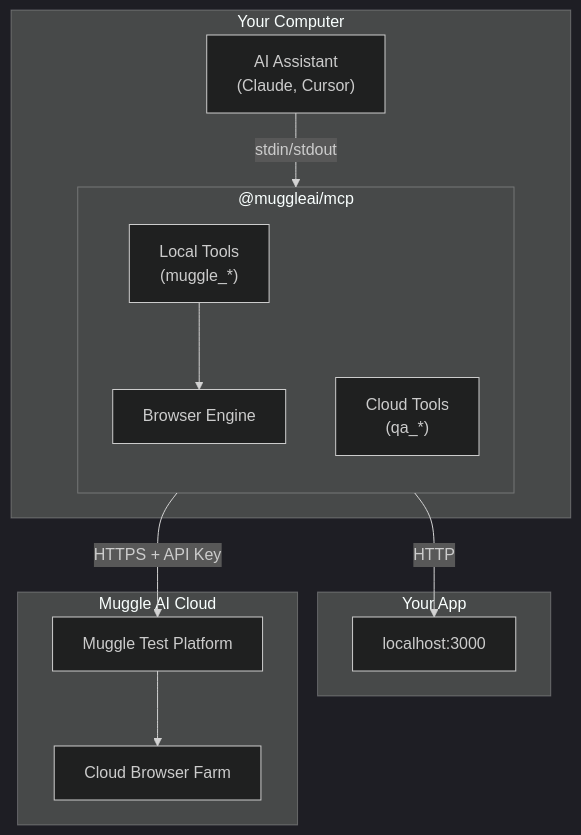
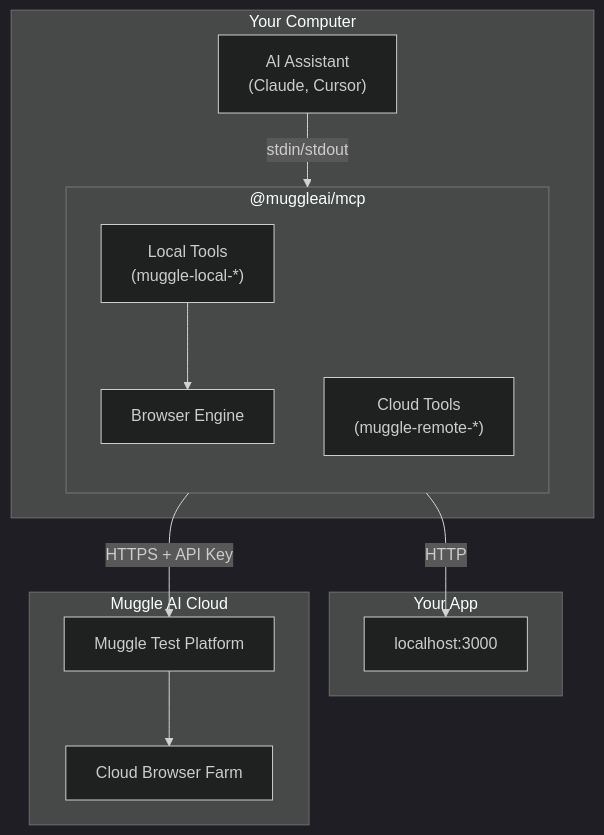
The first of 7 diagrams in mcp/mcp-concepts.md (multiplex-ai/muggle-ai-docs), drawn with Mermaid (dark theme) before and after one commit. The commit also changed other lines of this file and 8 other files, not shown here.

First line of the commit message:
docs: update local and cloud testing documentation to reflect new tool prefixes

````diff
--- a/mcp/mcp-concepts.md
+++ b/mcp/mcp-concepts.md
@@ -11,27 +11,27 @@
 ```mermaid
 flowchart TB
     subgraph env["Your Computer"]
         client["AI Assistant<br/>(Claude, Cursor)"]
         subgraph mcp["@muggleai/mcp"]
             direction TB
-            local["Local Tools<br/>(muggle_*)"]
-            cloud["Cloud Tools<br/>(qa_*)"]
+            local["Local Tools<br/>(muggle-local-*)"]
+            cloud["Cloud Tools<br/>(muggle-remote-*)"]
             browser["Browser Engine"]
         end
         client -->|"stdin/stdout"| mcp
         local --> browser
     end
 
     subgraph app["Your App"]
         localhost["localhost:3000"]
     end
 
     subgraph cloudEnv["Muggle AI Cloud"]
         platform["Muggle Test Platform"]
         cloudBrowser["Cloud Browser Farm"]
     end
 
     browser -->|"HTTP"| localhost
     cloud -->|"HTTPS + API Key"| platform
     platform --> cloudBrowser
 ```
````
